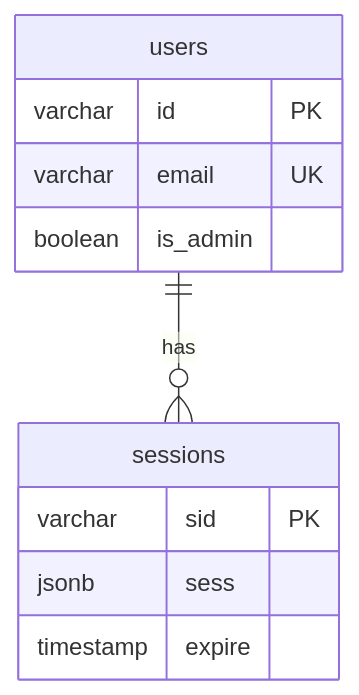
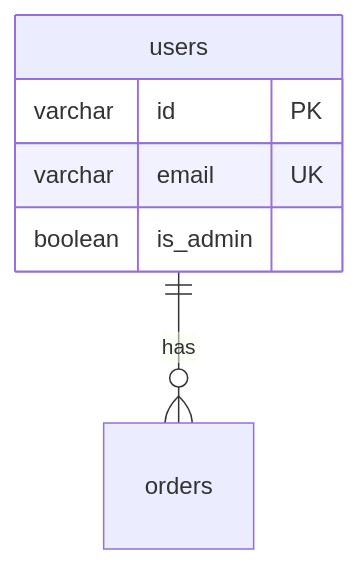
The eighth of 8 diagrams in docs/architecture/system_diagrams.md (hateem2121/RUN), drawn with Mermaid before and after one commit. The commit also changed other lines of this file and 50 other files, not shown here.

````diff
--- a/docs/architecture/system_diagrams.md
+++ b/docs/architecture/system_diagrams.md
@@ -171,14 +171,9 @@
 ```mermaid
 erDiagram
-    users ||--o{ sessions : "has"
+    users ||--o{ orders : "has"
     users {
         varchar id PK
         varchar email UK
         boolean is_admin
     }
-    sessions {
-        varchar sid PK
-        jsonb sess
-        timestamp expire
-    }
 ```
````
